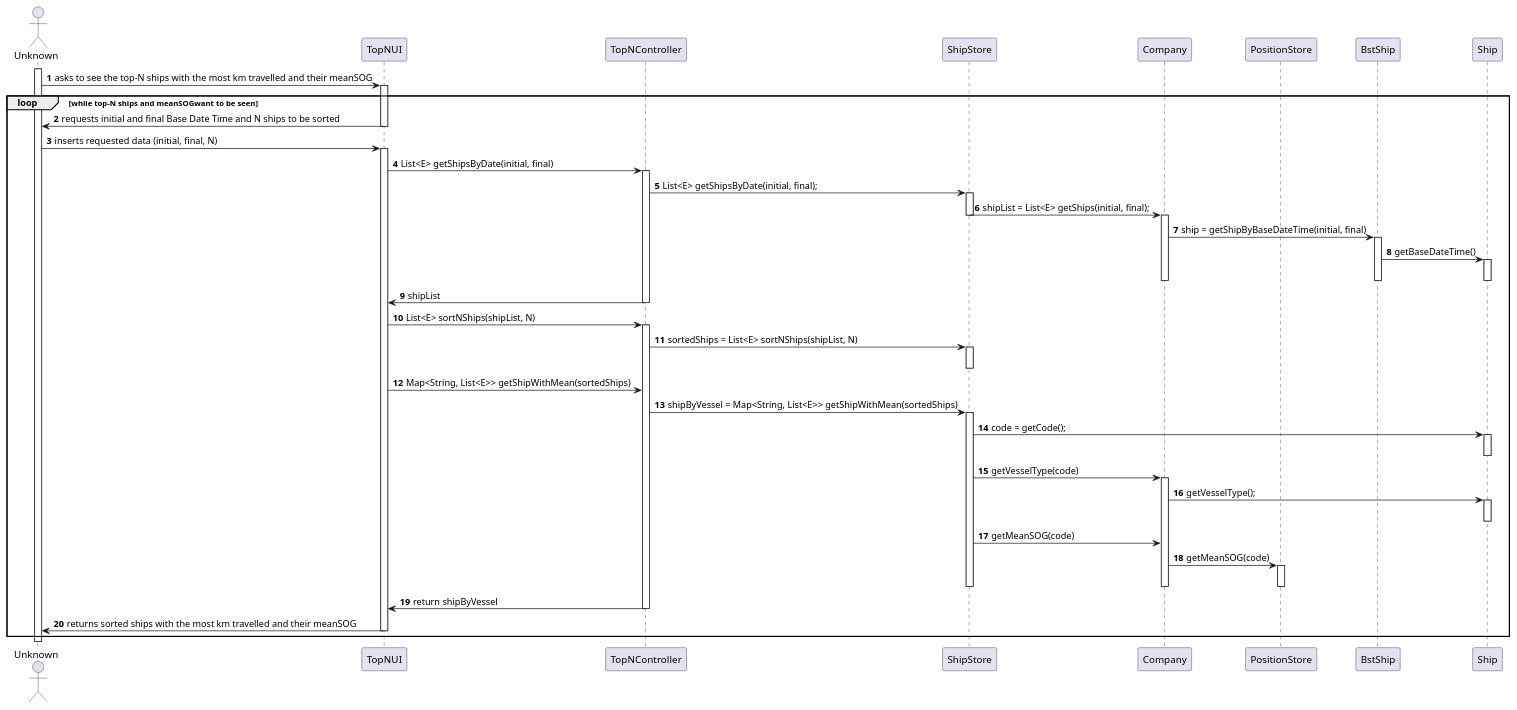
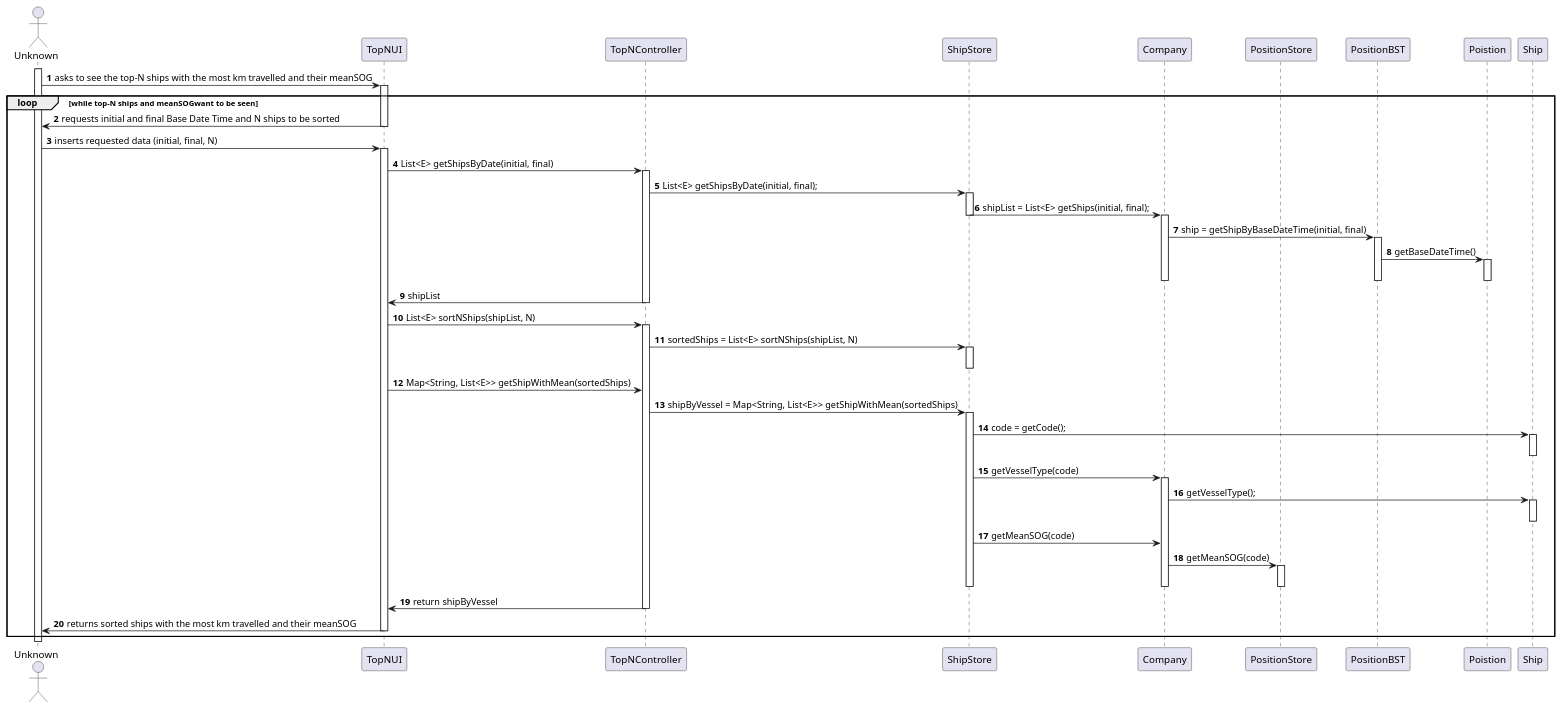
The diagram in docs/US106/US106_SD.puml (ana-albergaria/LAPR3-ISEP), drawn with PlantUML before and after one commit. The commit also changed 4 other files, not shown here.

```diff
--- a/docs/US106/US106_SD.puml
+++ b/docs/US106/US106_SD.puml
@@ -1,69 +1,70 @@
 @startuml
 autonumber
 'hide footbox
 actor "Unknown" as ADM
 
 participant "TopNUI" as UI
 participant "TopNController" as CTRL
 participant "ShipStore" as STORE
 participant "Company" as COMP
 participant "PositionStore" as POSITION
-participant "BstShip" as BST
+participant "PositionBST" as BST
+participant "Poistion" as POS
 participant "Ship" as SHIP
 
 
 activate ADM
 ADM -> UI : asks to see the top-N ships with the most km travelled and their meanSOG
 activate UI
 loop while top-N ships and meanSOGwant to be seen
 UI -> ADM : requests initial and final Base Date Time and N ships to be sorted
 deactivate UI
 
 ADM -> UI : inserts requested data (initial, final, N)
 activate UI
 UI -> CTRL : List<E> getShipsByDate(initial, final)
 activate CTRL
 CTRL -> STORE : List<E> getShipsByDate(initial, final);
 activate STORE
 STORE -> COMP : shipList = List<E> getShips(initial, final);
 deactivate STORE
 activate COMP
 COMP -> BST : ship = getShipByBaseDateTime(initial, final)
 activate BST
-BST -> SHIP : getBaseDateTime()
-activate SHIP
-deactivate SHIP
+BST -> POS : getBaseDateTime()
+activate POS
+deactivate POS
 deactivate BST
 deactivate COMP
 CTRL -> UI : shipList
 deactivate CTRL
 
 UI -> CTRL : List<E> sortNShips(shipList, N)
 activate CTRL
 CTRL -> STORE : sortedShips = List<E> sortNShips(shipList, N)
 activate STORE
 deactivate STORE
 UI -> CTRL : Map<String, List<E>> getShipWithMean(sortedShips)
 CTRL -> STORE : shipByVessel = Map<String, List<E>> getShipWithMean(sortedShips)
 activate STORE
 STORE -> SHIP : code = getCode();
 activate SHIP
 deactivate SHIP
 STORE -> COMP : getVesselType(code)
 activate COMP
 COMP -> SHIP : getVesselType();
 activate SHIP
 deactivate SHIP
 STORE -> COMP : getMeanSOG(code)
 COMP -> POSITION : getMeanSOG(code)
 activate POSITION
 deactivate POSITION
 deactivate COMP
 deactivate STORE
 CTRL -> UI : return shipByVessel
 deactivate CTRL
 UI -> ADM : returns sorted ships with the most km travelled and their meanSOG
 deactivate UI
 end
 deactivate ADM
 @enduml
```
